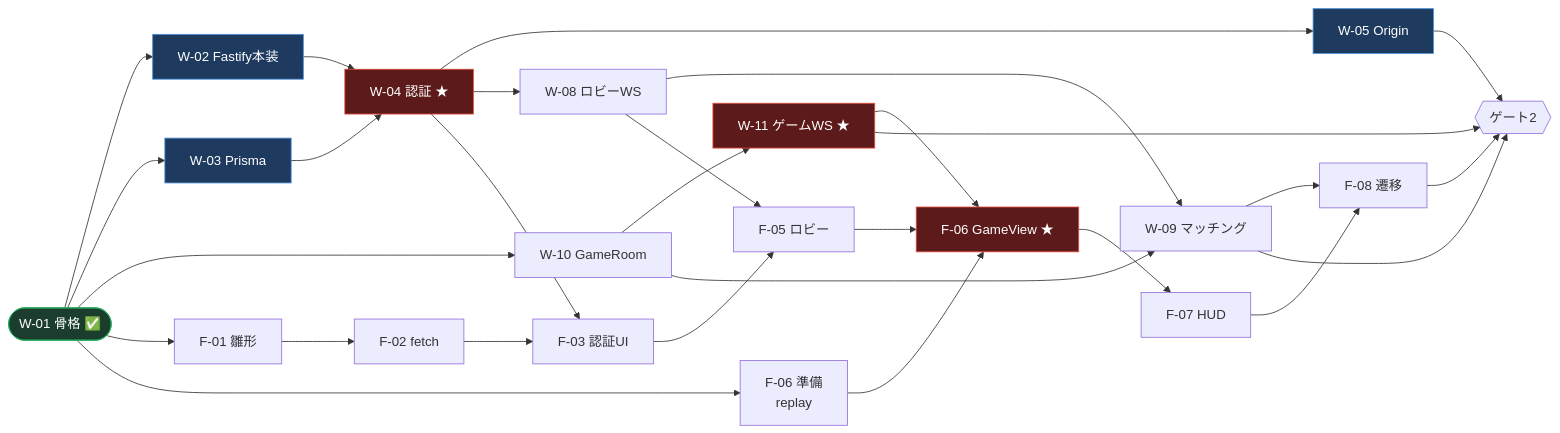
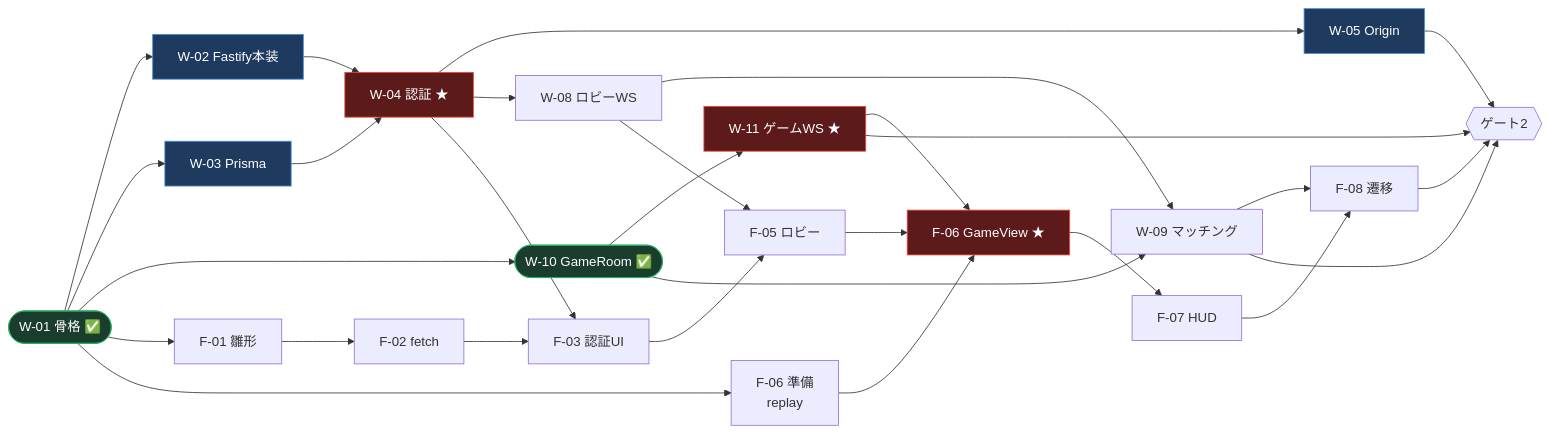
The first of 3 diagrams in md_files/torinoue/torinoue_PERT依存図.md (samatsum/ft_Transcendence), drawn with Mermaid before and after one commit. The commit also changed other lines of this file and 3 other files, not shown here.

````diff
--- a/md_files/torinoue/torinoue_PERT依存図.md
+++ b/md_files/torinoue/torinoue_PERT依存図.md
@@ -19,42 +19,42 @@
 ```mermaid
 flowchart LR
   W01([W-01 骨格 ✅]) --> W02[W-02 Fastify本装]
   W01 --> W03[W-03 Prisma]
-  W01 --> W10[W-10 GameRoom]
+  W01 --> W10([W-10 GameRoom ✅])
   W01 --> F01[F-01 雛形]
   W01 --> F06p[F-06 準備<br/>replay]
 
   W02 --> W04[W-04 認証 ★]
   W03 --> W04
   W04 --> W05[W-05 Origin]
   W04 --> W08[W-08 ロビーWS]
   W04 --> F03[F-03 認証UI]
 
   W10 --> W11[W-11 ゲームWS ★]
   W10 --> W09[W-09 マッチング]
   W08 --> W09
 
   F01 --> F02[F-02 fetch]
   F02 --> F03
   F03 --> F05[F-05 ロビー]
   W08 --> F05
 
   F06p --> F06[F-06 GameView ★]
   W11 --> F06
   F05 --> F06
   F06 --> F07[F-07 HUD]
   F07 --> F08[F-08 遷移]
   W09 --> F08
 
   F08 --> G2{{ゲート2}}
   W05 --> G2
   W09 --> G2
   W11 --> G2
 
   classDef mine fill:#1e3a5f,stroke:#4A90D9,color:#fff
   classDef crit fill:#5c1a1a,stroke:#e74c3c,color:#fff
   classDef done fill:#1a3d2e,stroke:#27ae60,color:#fff
   class W02,W03,W04,W05 mine
   class W04,W11,F06 crit
-  class W01 done
+  class W01,W10 done
 ```
````
